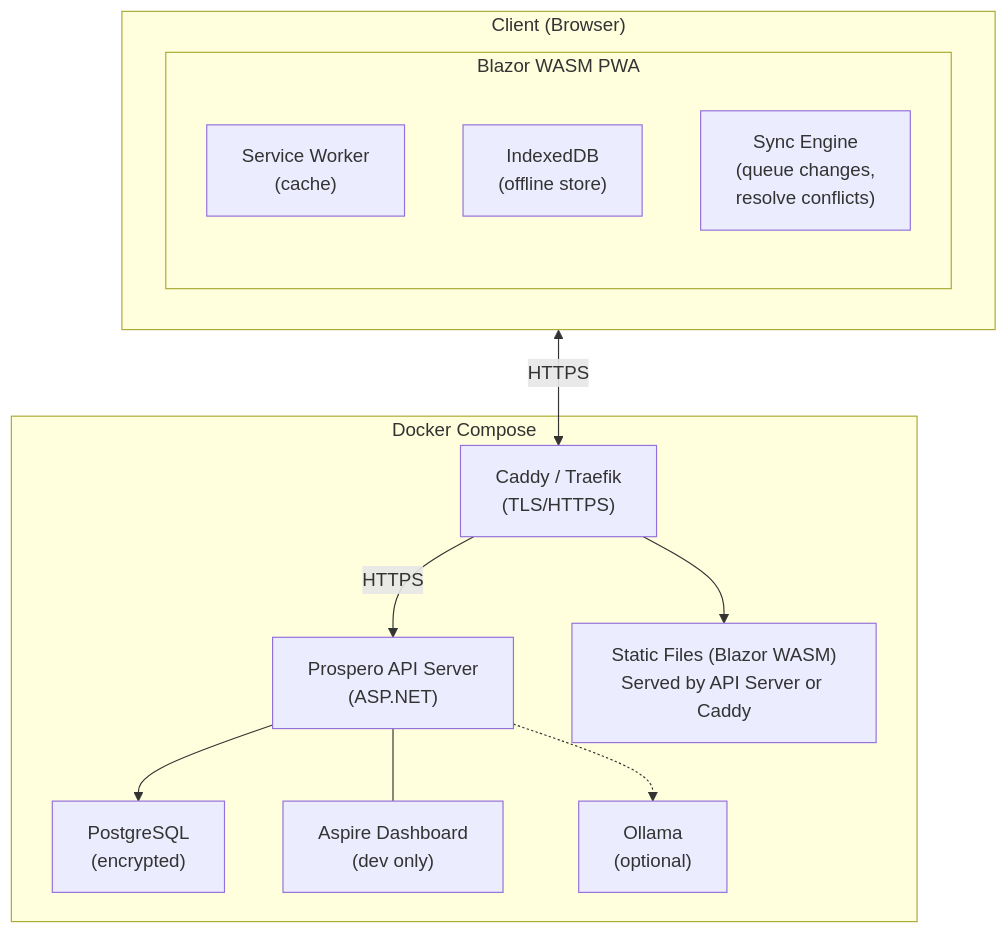
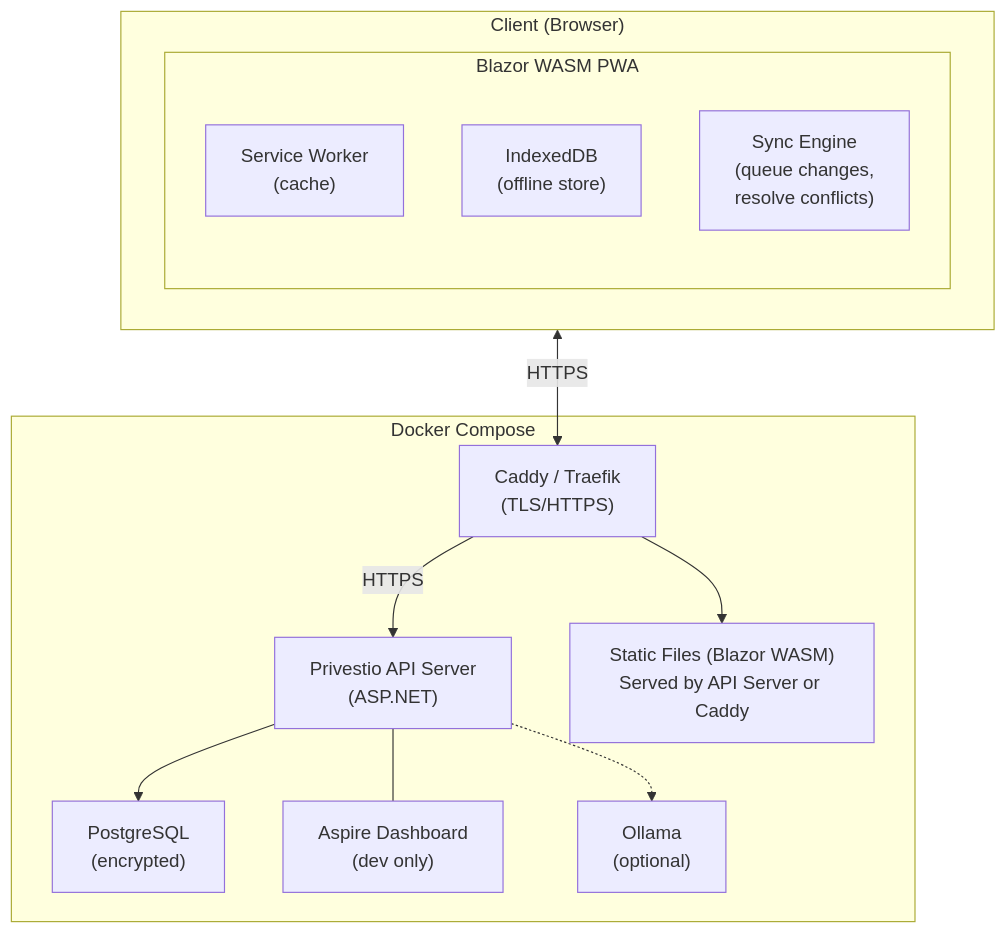
The first of 5 diagrams in docs/IMPLEMENTATION-PLAN.md (davidhayesbc/finance), drawn with Mermaid before and after one commit. The commit also changed other lines of this file and 2 other files, not shown here.

Commit message:
docs: rename application from Prospero to Privestio

````diff
--- a/docs/IMPLEMENTATION-PLAN.md
+++ b/docs/IMPLEMENTATION-PLAN.md
@@ -71,27 +71,27 @@
 ```mermaid
 graph TB
     subgraph Docker["Docker Compose"]
         Caddy["Caddy / Traefik<br/>(TLS/HTTPS)"]
-        API["Prospero API Server<br/>(ASP.NET)"]
+        API["Privestio API Server<br/>(ASP.NET)"]
         PG["PostgreSQL<br/>(encrypted)"]
         Aspire["Aspire Dashboard<br/>(dev only)"]
         Ollama["Ollama<br/>(optional)"]
         Static["Static Files (Blazor WASM)<br/>Served by API Server or Caddy"]
 
         Caddy -->|HTTPS| API
         API --> PG
         API --- Aspire
         API -.-> Ollama
         Caddy --> Static
     end
 
     subgraph Browser["Client (Browser)"]
         subgraph PWA["Blazor WASM PWA"]
             SW["Service Worker<br/>(cache)"]
             IDB["IndexedDB<br/>(offline store)"]
             Sync["Sync Engine<br/>(queue changes,<br/>resolve conflicts)"]
         end
     end
 
     Browser <-->|HTTPS| Caddy
 ```
````
